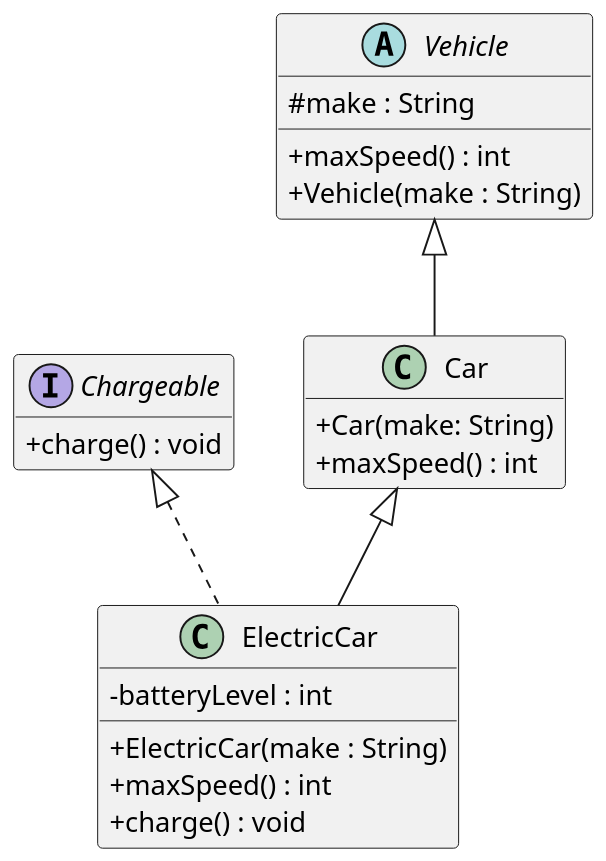
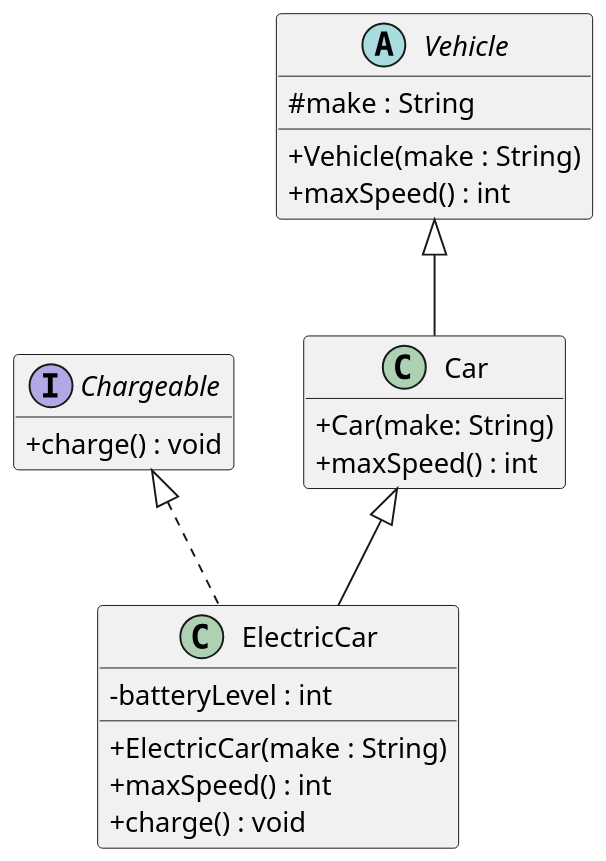
One commit to jkrz15/207-course-notes changed the diagram in plantuml/exercises/vehicles-uml-starter.puml. Above: the diagram before and after it, drawn with PlantUML.

Commit message:
fixed vehicle uml diagram

```diff
--- a/plantuml/exercises/vehicles-uml-starter.puml
+++ b/plantuml/exercises/vehicles-uml-starter.puml
@@ -1,52 +1,48 @@
 @startuml
 skinparam dpi 150
 skinparam classAttributeIconSize 0
 hide empty members
 
 ' Your task (Chapter 3, Question 2): draw the UML class diagram for the
 ' Vehicle / Car / ElectricCar / Chargeable code.
 '
 ' Define each type as a box, then connect them with the right arrows. One box
 ' (Chargeable) is filled in as an example — complete the other three and add the
 ' relationships.
 '
 ' PlantUML cheat-sheet:
 '   interface Name { + method() : Type }
 '   abstract class Name { # field : Type }
 '   class Name { - field : Type }
 '   Parent    <|-- Child    ' generalization: Child extends Parent
 '   Interface <|.. Class    ' realization:    Class implements Interface
 ' (Putting the parent/interface on the LEFT of the arrow keeps it on top.)
 
 interface Chargeable {
   + charge() : void
 }
 
-' TODO: add "abstract class Vehicle", "class Car", and "class ElectricCar"
-'       (with their fields and methods), then add the arrows between all four
-'       types.
-
 abstract class Vehicle {
     # make : String
+    + Vehicle(make : String)
     + maxSpeed() : int
-    + Vehicle(make : String)
 }
 
 class Car {
     + Car(make: String)
     + maxSpeed() : int
 }
 
 class ElectricCar {
     - batteryLevel : int
     + ElectricCar(make : String)
     + maxSpeed() : int
     + charge() : void
 }
 
 Vehicle <|-- Car
 Car <|-- ElectricCar
 Chargeable <|.. ElectricCar
 
 
 @enduml
```
